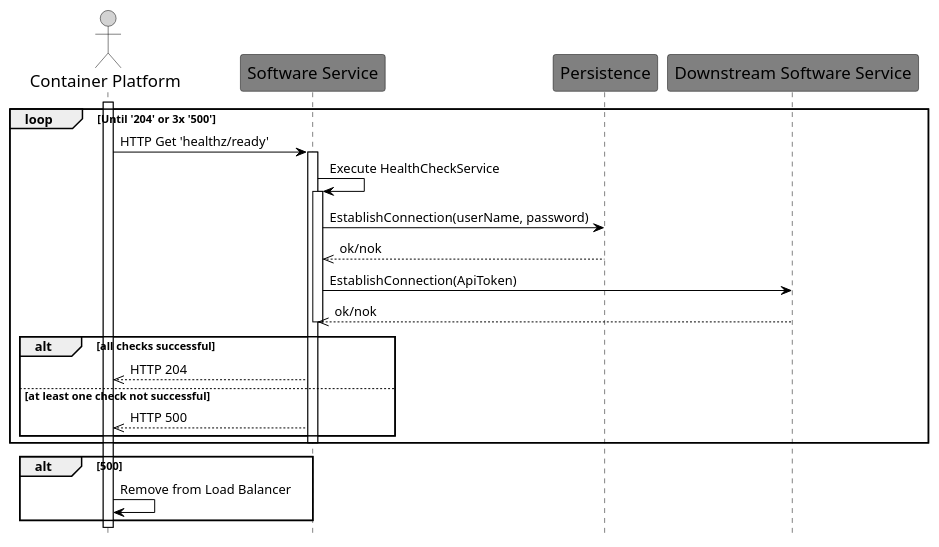
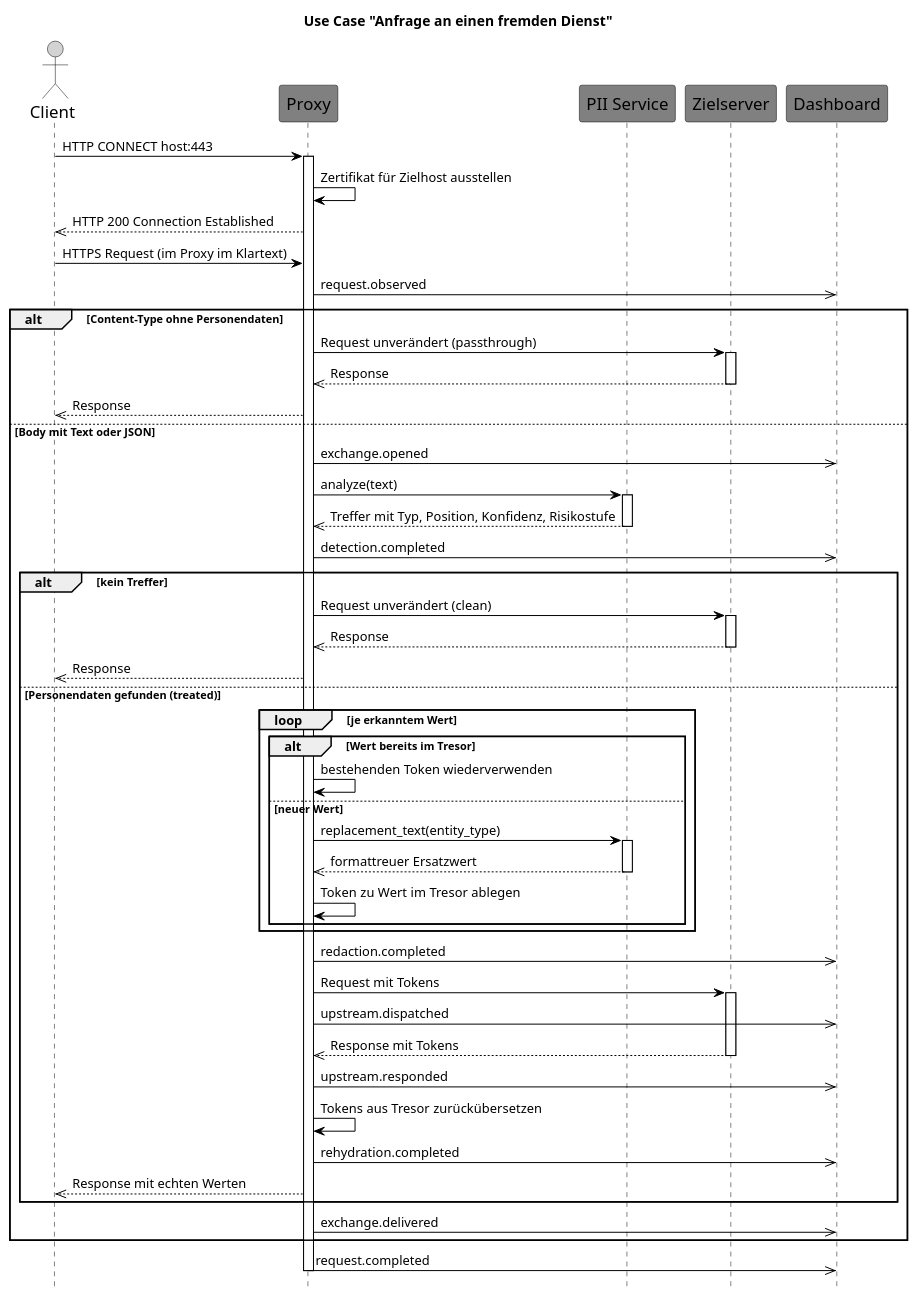
The diagram in docs/assets/laufzeitsicht.wsd (baernhaeckt/SeniorsInTheMiddle), drawn with PlantUML before and after one commit. The commit also changed 3 other files, not shown here.

First line of the commit message:
docs: replace runtime view with the actual request flow

```diff
--- a/docs/assets/laufzeitsicht.wsd
+++ b/docs/assets/laufzeitsicht.wsd
@@ -1,50 +1,94 @@
 @startuml laufzeitsicht
+
+title Use Case "Anfrage an einen fremden Dienst"
 
 hide footbox
 
 skinparam sequence {
     ArrowColor Black
     ActorBorderColor Black
     LifeLineBorderColor Black
     ParticipantBorderColor Black
     ParticipantBackgroundColor Gray
     ParticipantFontName Arial
     ParticipantFontSize 17
     CollectionsBorderColor Black
     ActorBackgroundColor LightGray
     ActorFontColor Black
     ActorFontSize 17
     ActorFontName Arial
 }
 
-actor C as "Container Platform"
-participant S as "Software Service"
-participant P as "Persistence"
-participant D as "Downstream Software Service"
+actor C as "Client"
+participant P as "Proxy"
+participant S as "PII Service"
+participant Z as "Zielserver"
+participant D as "Dashboard"
 
-activate C
-loop Until '204' or 3x '500'
-    C -> S: HTTP Get 'healthz/ready'
+C -> P: HTTP CONNECT host:443
+activate P
+P -> P: Zertifikat für Zielhost ausstellen
+P -->> C: HTTP 200 Connection Established
+
+C -> P: HTTPS Request (im Proxy im Klartext)
+P ->> D: request.observed
+
+alt Content-Type ohne Personendaten
+
+    P -> Z: Request unverändert (passthrough)
+    activate Z
+    Z -->> P: Response
+    deactivate Z
+    P -->> C: Response
+
+else Body mit Text oder JSON
+
+    P ->> D: exchange.opened
+    P -> S: analyze(text)
     activate S
-    S -> S: Execute HealthCheckService
-    activate S
-    S -> P: EstablishConnection(userName, password)
-    P -->> S: ok/nok
-    S -> D: EstablishConnection(ApiToken)
-    D -->> S: ok/nok
+    S -->> P: Treffer mit Typ, Position, Konfidenz, Risikostufe
     deactivate S
-    alt all checks successful
-        S -->> C: HTTP 204
-    else at least one check not successful
-        S -->> C: HTTP 500
+    P ->> D: detection.completed
+
+    alt kein Treffer
+
+        P -> Z: Request unverändert (clean)
+        activate Z
+        Z -->> P: Response
+        deactivate Z
+        P -->> C: Response
+
+    else Personendaten gefunden (treated)
+
+        loop je erkanntem Wert
+            alt Wert bereits im Tresor
+                P -> P: bestehenden Token wiederverwenden
+            else neuer Wert
+                P -> S: replacement_text(entity_type)
+                activate S
+                S -->> P: formattreuer Ersatzwert
+                deactivate S
+                P -> P: Token zu Wert im Tresor ablegen
+            end
+        end
+        P ->> D: redaction.completed
+
+        P -> Z: Request mit Tokens
+        activate Z
+        P ->> D: upstream.dispatched
+        Z -->> P: Response mit Tokens
+        deactivate Z
+        P ->> D: upstream.responded
+
+        P -> P: Tokens aus Tresor zurückübersetzen
+        P ->> D: rehydration.completed
+        P -->> C: Response mit echten Werten
+
     end
-    deactivate S
+    P ->> D: exchange.delivered
+
 end
-
-alt 500
-    C -> C: Remove from Load Balancer
-end
-
-deactivate C
+P ->> D: request.completed
+deactivate P
 
 @enduml
```
